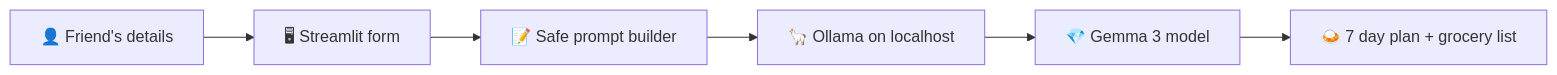
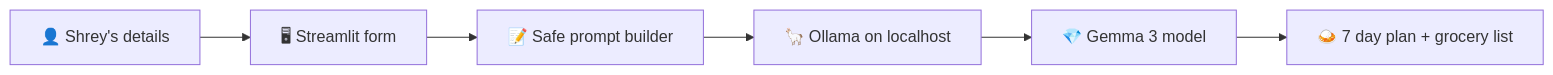
The diagram in README.md (shubsolos19/friend-meal-planner), drawn with Mermaid before and after one commit. The commit also changed other lines of this file, not shown here.

````diff
--- a/README.md
+++ b/README.md
@@ -94,8 +82,8 @@
 ```mermaid
 flowchart LR
-    A[👤 Friend's details] --> B[🖥 Streamlit form]
+    A[👤 Shrey's details] --> B[🖥 Streamlit form]
     B --> C[📝 Safe prompt builder]
     C --> D[🦙 Ollama on localhost]
     D --> E[💎 Gemma 3 model]
     E --> F[🍛 7 day plan + grocery list]
 ```
````
